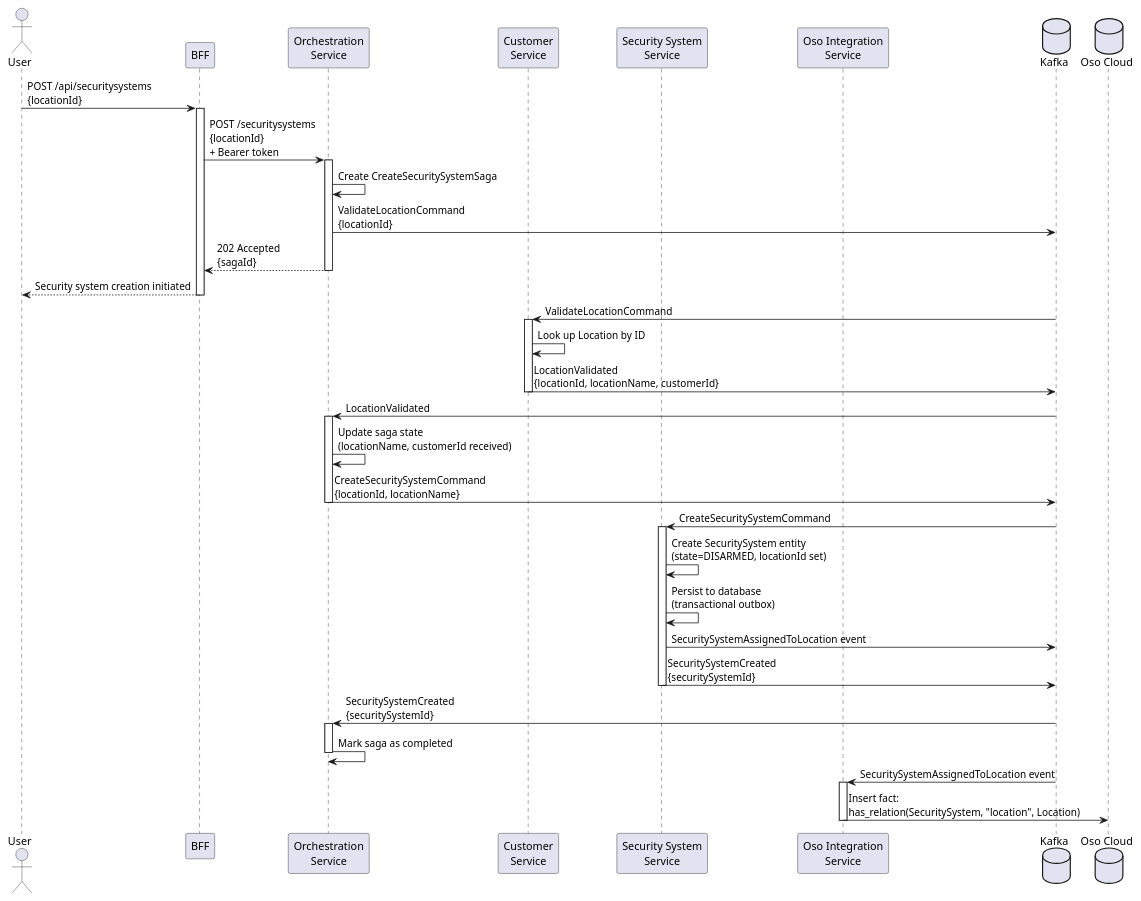
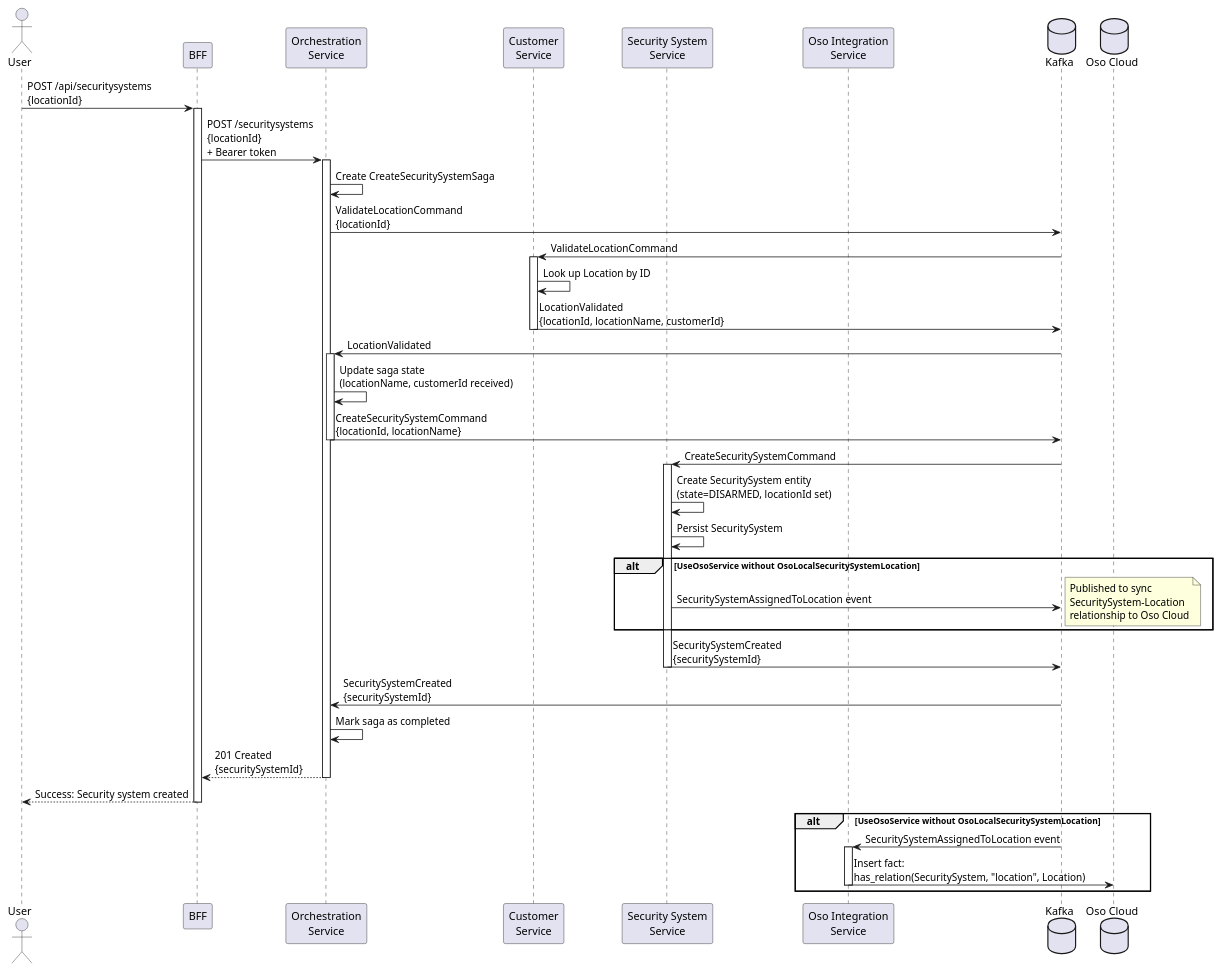
Before and after one commit to eventuate-examples/eventuate-examples-realguardio: the diagram in docs/architecture/scenarios/create-security-system.adoc, drawn with PlantUML. The commit also changed other lines of this file and 12 other files, not shown here.

```diff
--- a/docs/architecture/scenarios/create-security-system.adoc
+++ b/docs/architecture/scenarios/create-security-system.adoc
@@ -13,63 +33,70 @@
 [plantuml]
 ....
 @startuml
 actor User
 participant "BFF" as BFF
 participant "Orchestration\nService" as Orchestration
 participant "Customer\nService" as Customer
 participant "Security System\nService" as SecuritySystem
 participant "Oso Integration\nService" as Oso
 database "Kafka" as Kafka
 database "Oso Cloud" as OsoCloud
 
 User -> BFF: POST /api/securitysystems\n{locationId}
 activate BFF
 
 BFF -> Orchestration: POST /securitysystems\n{locationId}\n+ Bearer token
 activate Orchestration
 
 Orchestration -> Orchestration: Create CreateSecuritySystemSaga
+
 Orchestration -> Kafka: ValidateLocationCommand\n{locationId}
-Orchestration --> BFF: 202 Accepted\n{sagaId}
-deactivate Orchestration
-
-BFF --> User: Security system creation initiated
-deactivate BFF
 
 Kafka -> Customer: ValidateLocationCommand
 activate Customer
 
 Customer -> Customer: Look up Location by ID
 Customer -> Kafka: LocationValidated\n{locationId, locationName, customerId}
 deactivate Customer
 
 Kafka -> Orchestration: LocationValidated
 activate Orchestration
 
 Orchestration -> Orchestration: Update saga state\n(locationName, customerId received)
 Orchestration -> Kafka: CreateSecuritySystemCommand\n{locationId, locationName}
 deactivate Orchestration
 
 Kafka -> SecuritySystem: CreateSecuritySystemCommand
 activate SecuritySystem
 
 SecuritySystem -> SecuritySystem: Create SecuritySystem entity\n(state=DISARMED, locationId set)
-SecuritySystem -> SecuritySystem: Persist to database\n(transactional outbox)
-SecuritySystem -> Kafka: SecuritySystemAssignedToLocation event
+SecuritySystem -> SecuritySystem: Persist SecuritySystem
+
+alt UseOsoService without OsoLocalSecuritySystemLocation
+    SecuritySystem -> Kafka: SecuritySystemAssignedToLocation event
+    note right: Published to sync\nSecuritySystem-Location\nrelationship to Oso Cloud
+end
+
 SecuritySystem -> Kafka: SecuritySystemCreated\n{securitySystemId}
 deactivate SecuritySystem
 
 Kafka -> Orchestration: SecuritySystemCreated\n{securitySystemId}
-activate Orchestration
 
 Orchestration -> Orchestration: Mark saga as completed
+
+Orchestration --> BFF: 201 Created\n{securitySystemId}
 deactivate Orchestration
 
-' Event processing by Oso Integration Service
-Kafka -> Oso: SecuritySystemAssignedToLocation event
-activate Oso
-Oso -> OsoCloud: Insert fact:\nhas_relation(SecuritySystem, "location", Location)
-deactivate Oso
+BFF --> User: Success: Security system created
+deactivate BFF
+
+' Event processing by Oso Integration Service (only with UseOsoService, without OsoLocalSecuritySystemLocation)
+alt UseOsoService without OsoLocalSecuritySystemLocation
+    Kafka -> Oso: SecuritySystemAssignedToLocation event
+    activate Oso
+    Oso -> OsoCloud: Insert fact:\nhas_relation(SecuritySystem, "location", Location)
+    deactivate Oso
+end
 
 @enduml
 ....
```
